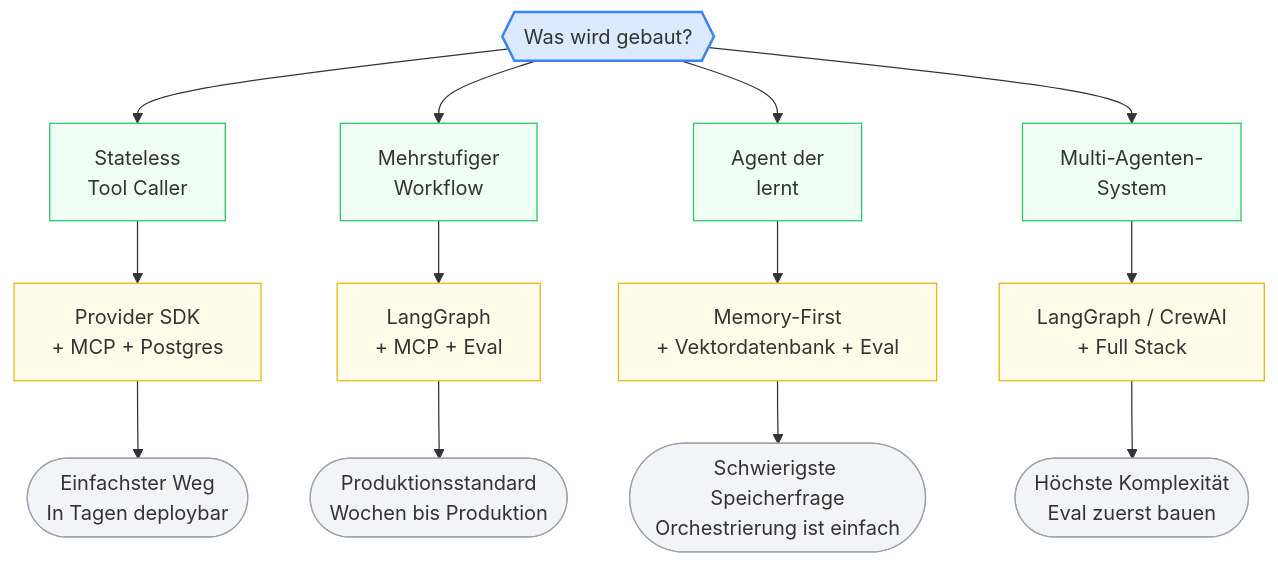
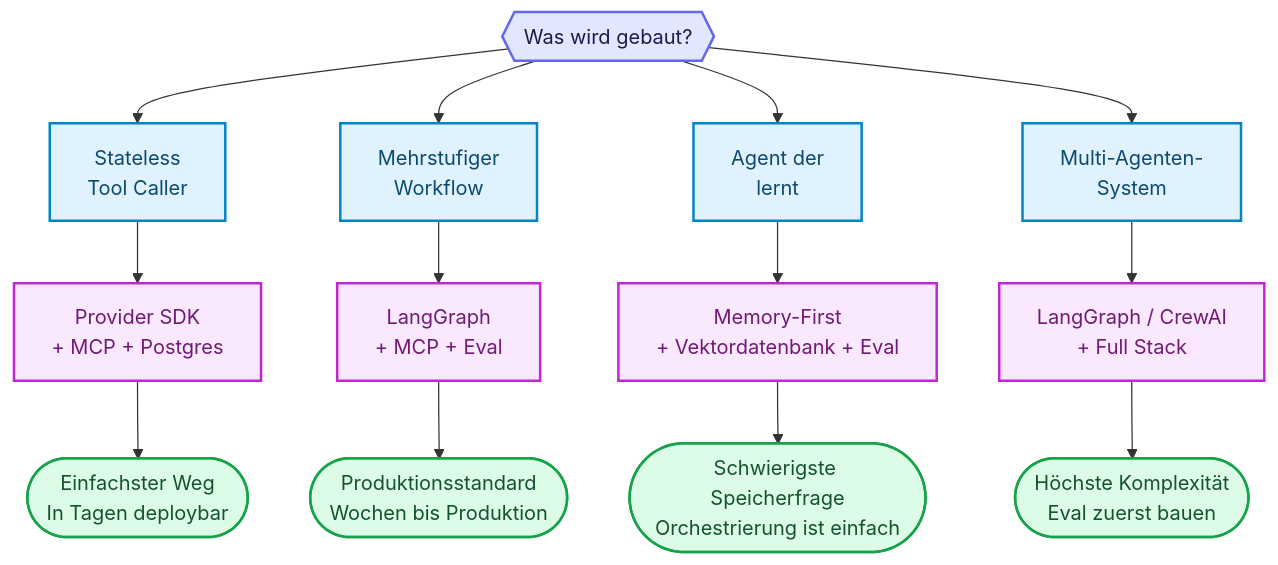
The diagram in docs/08-deployment-betrieb/minimum-viable-agent-stack.md (ralf-42/Agenten), drawn with Mermaid before and after one commit. The commit also changed 15 other files, not shown here.

````diff
--- a/docs/08-deployment-betrieb/minimum-viable-agent-stack.md
+++ b/docs/08-deployment-betrieb/minimum-viable-agent-stack.md
@@ -166,29 +166,28 @@
 ```mermaid
 flowchart TD
     START{{Was wird gebaut?}}
 
     START --> S1[Stateless<br>Tool Caller]
     START --> S2[Mehrstufiger<br>Workflow]
     START --> S3[Agent der<br>lernt]
     START --> S4[Multi-Agenten-<br>System]
 
     S1 --> T1[Provider SDK<br>+ MCP + Postgres]
     S2 --> T2[LangGraph<br>+ MCP + Eval]
     S3 --> T3[Memory-First<br>+ Vektordatenbank + Eval]
     S4 --> T4[LangGraph / CrewAI<br>+ Full Stack]
 
     T1 --> R1([Einfachster Weg<br>In Tagen deploybar])
     T2 --> R2([Produktionsstandard<br>Wochen bis Produktion])
     T3 --> R3([Schwierigste Speicherfrage<br>Orchestrierung ist einfach])
     T4 --> R4([Höchste Komplexität<br>Eval zuerst bauen])
 
-    classDef question fill:#dbeafe,stroke:#3b82f6,stroke-width:2px
-    classDef agenttype fill:#f0fdf4,stroke:#22c55e,stroke-width:1px
-    classDef stack fill:#fefce8,stroke:#eab308,stroke-width:1px
-    classDef result fill:#f3f4f6,stroke:#9ca3af,stroke-width:1px
+    classDef default fill:#e0f2fe,stroke:#0284c7,stroke-width:2px,color:#0c4a6e;
+    classDef input fill:#e0e7ff,stroke:#6366f1,stroke-width:2px,color:#1e1b4b;
+    classDef target fill:#fae8ff,stroke:#c026d3,stroke-width:2px,color:#701a75;
+    classDef output fill:#dcfce7,stroke:#16a34a,stroke-width:2px,color:#14532d;
 
-    class START question
-    class S1,S2,S3,S4 agenttype
-    class T1,T2,T3,T4 stack
-    class R1,R2,R3,R4 result
+    class START input;
+    class T1,T2,T3,T4 target;
+    class R1,R2,R3,R4 output;
 ```
````
